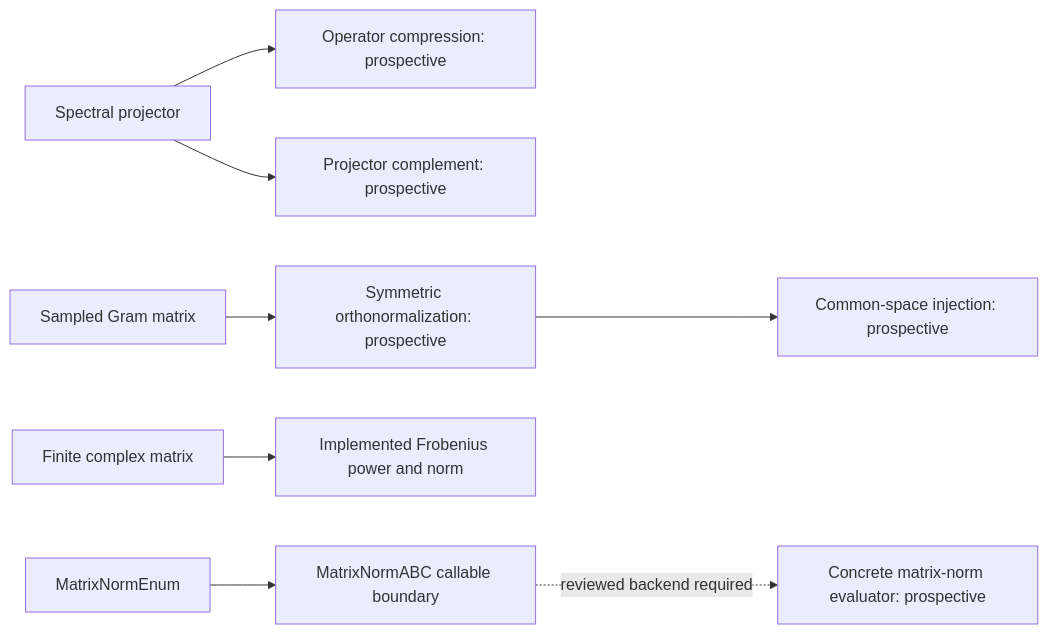
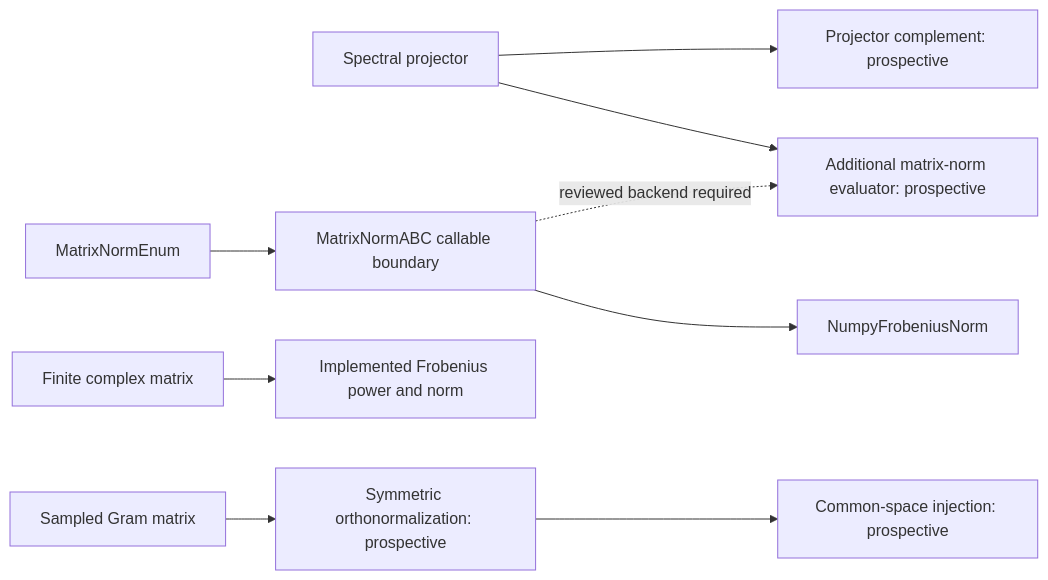
The fourth of 6 diagrams in docs/architecture/projectkoios/numerics/linalg/schematics.md (eragasa/projectkoios-optimization), drawn with Mermaid before and after one commit. The commit also changed other lines of this file and 12 other files, not shown here.

Commit message:
Add dense NumPy Frobenius norm

````diff
--- a/docs/architecture/projectkoios/numerics/linalg/schematics.md
+++ b/docs/architecture/projectkoios/numerics/linalg/schematics.md
@@ -88,10 +88,11 @@
 ```mermaid
 flowchart LR
     P[Spectral projector] --> C[Operator compression: prospective]
     P --> K[Projector complement: prospective]
     G[Sampled Gram matrix] --> O[Symmetric orthonormalization: prospective]
     O --> J[Common-space injection: prospective]
     N[Finite complex matrix] --> M[Implemented Frobenius power and norm]
     E[MatrixNormEnum] --> A[MatrixNormABC callable boundary]
-    A -. reviewed backend required .-> B[Concrete matrix-norm evaluator: prospective]
+    A --> B[NumpyFrobeniusNorm]
+    A -. reviewed backend required .-> C[Additional matrix-norm evaluator: prospective]
 ```
````
